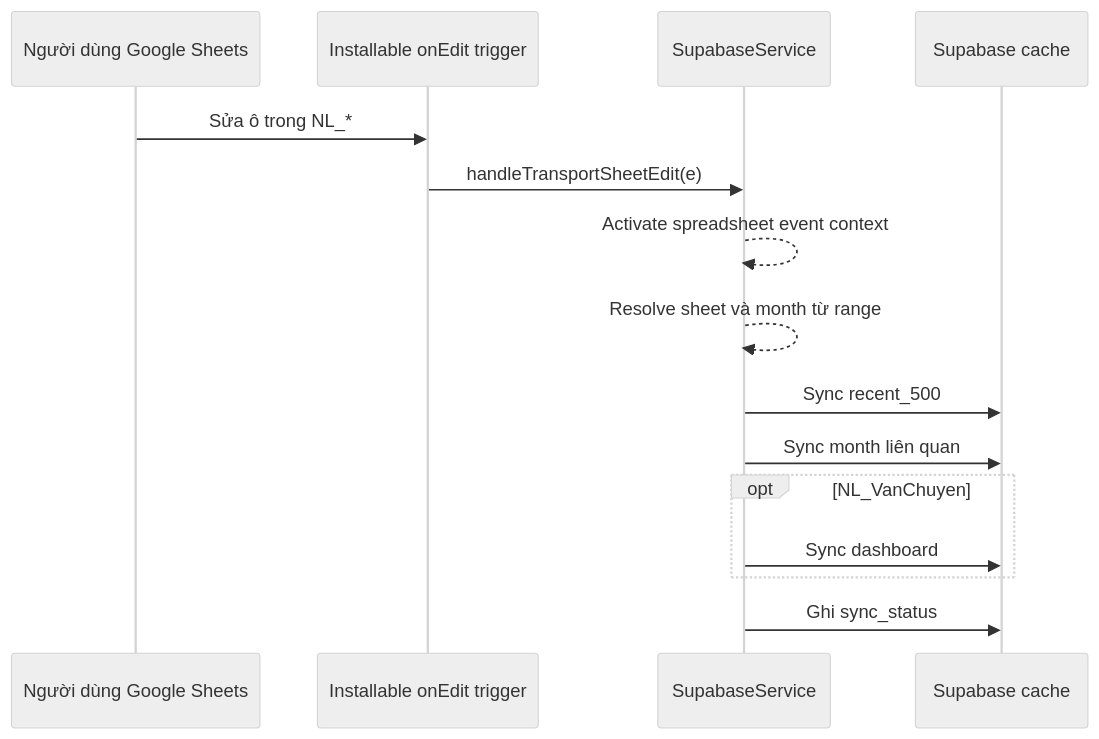
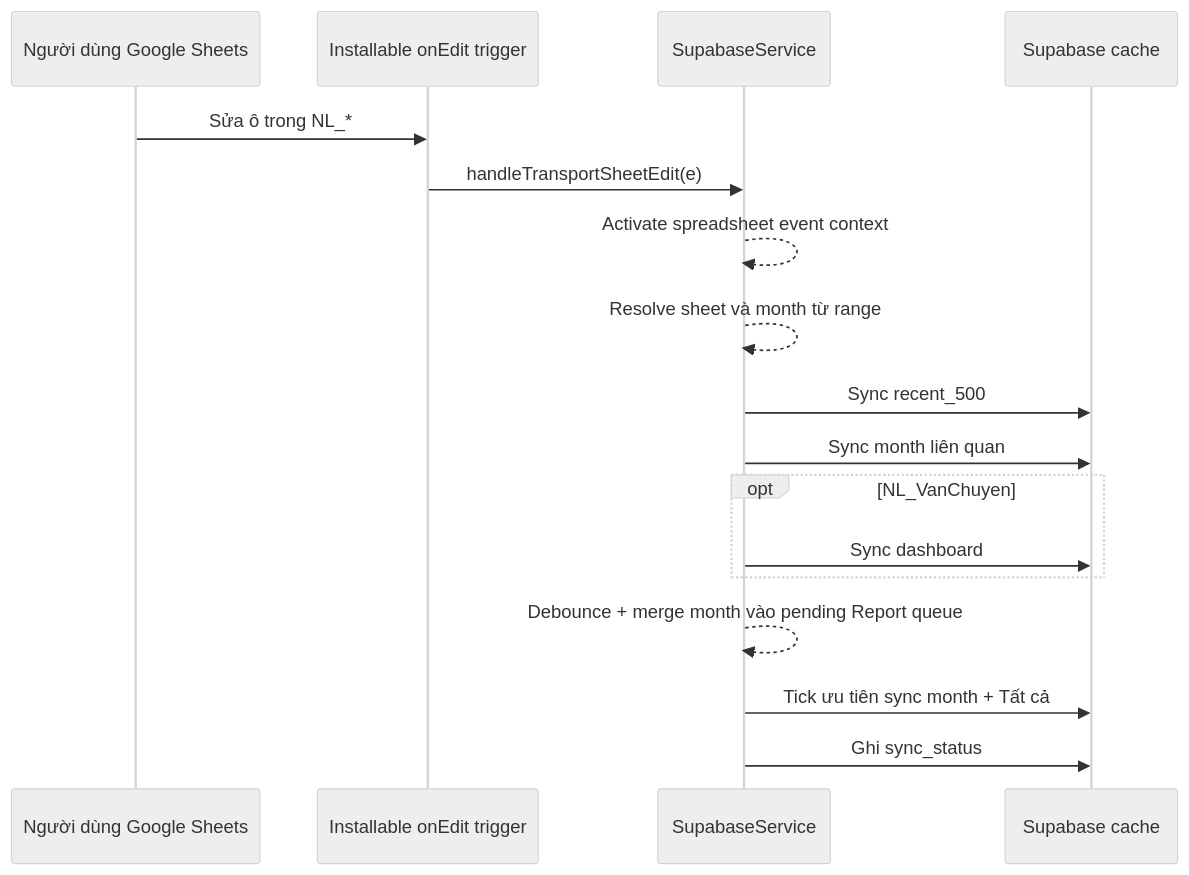
One commit to ngotuong/VanTaiDongBac changed the ninth of 10 diagrams in docs/architecture/DATA_FLOWS.md. Above: the diagram before and after it, drawn with Mermaid (neutral theme). The commit also changed other lines of this file and 7 other files, not shown here.

Commit message:
feat: complete E1.6 report freshness queue

````diff
--- a/docs/architecture/DATA_FLOWS.md
+++ b/docs/architecture/DATA_FLOWS.md
@@ -571,18 +571,20 @@
 ```mermaid
 sequenceDiagram
     participant U as Người dùng Google Sheets
     participant T as Installable onEdit trigger
     participant S as SupabaseService
     participant C as Supabase cache
 
     U->>T: Sửa ô trong NL_*
     T->>S: handleTransportSheetEdit(e)
     S-->>S: Activate spreadsheet event context
     S-->>S: Resolve sheet và month từ range
     S->>C: Sync recent_500
     S->>C: Sync month liên quan
     opt NL_VanChuyen
         S->>C: Sync dashboard
     end
+    S-->>S: Debounce + merge month vào pending Report queue
+    S->>C: Tick ưu tiên sync month + Tất cả
     S->>C: Ghi sync_status
 ```
````
